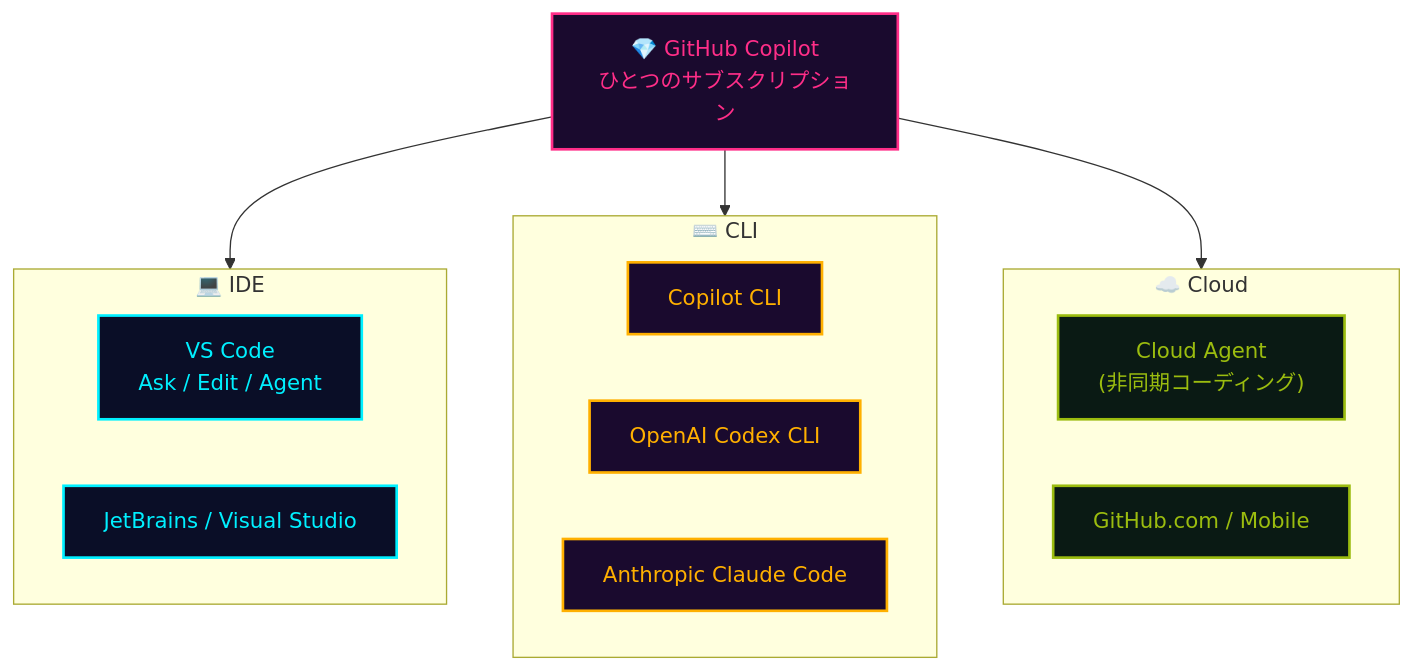
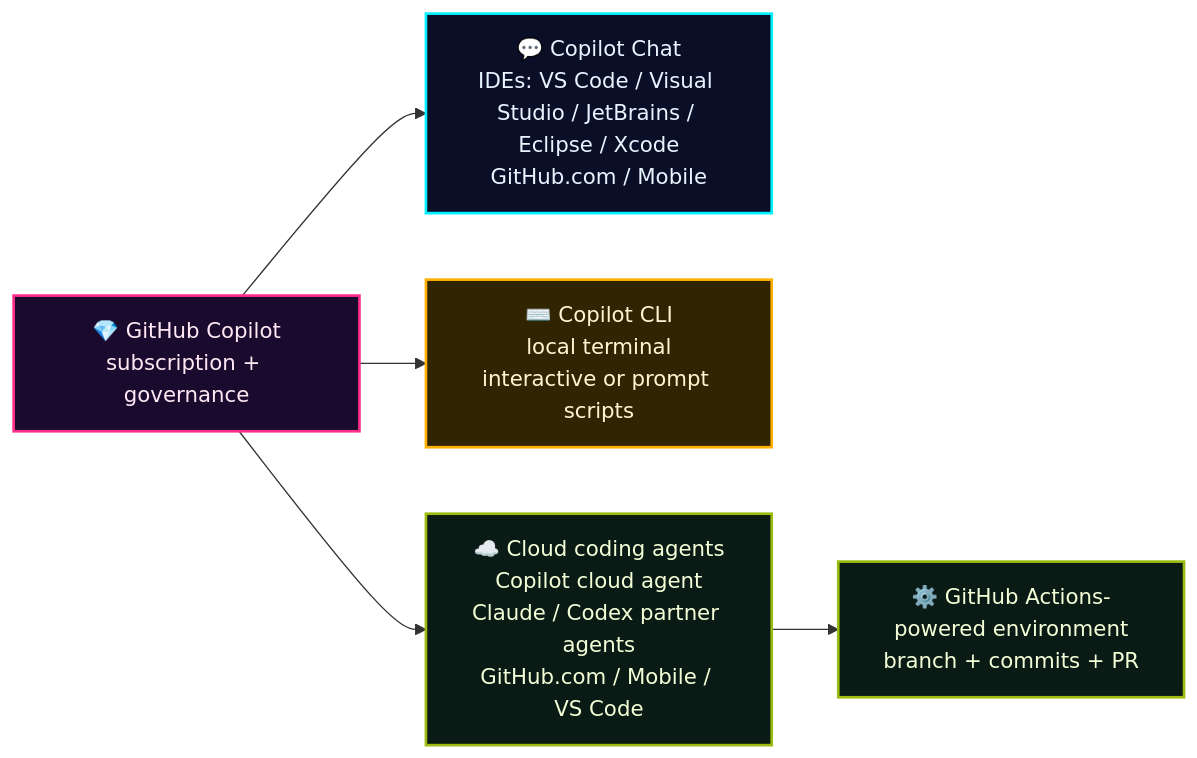
Before and after one commit to theomonfort/theomonfort: the first of 3 diagrams in src/content/glossary/github-copilot.md, drawn with Mermaid. The commit also changed other lines of this file, not shown here.

Commit message:
Revise Copilot surfaces slide

````diff
--- a/src/content/glossary/github-copilot.md
+++ b/src/content/glossary/github-copilot.md
@@ -48,33 +49,24 @@
 ```mermaid
-flowchart TB
-  Sub["💎 GitHub Copilot<br/>ひとつのサブスクリプション"]
+flowchart LR
+  Copilot["💎 GitHub Copilot<br/>subscription + governance"]
 
-  subgraph IDE["💻 IDE"]
-    VSC["VS Code<br/>Ask / Edit / Agent"]
-    JB["JetBrains / Visual Studio"]
-  end
+  Chat["💬 Copilot Chat<br/>IDEs: VS Code / Visual Studio / JetBrains / Eclipse / Xcode<br/>GitHub.com / Mobile"]
+  CLI["⌨️ Copilot CLI<br/>local terminal<br/>interactive or prompt scripts"]
+  Cloud["☁️ Cloud coding agents<br/>Copilot cloud agent<br/>Claude / Codex partner agents<br/>GitHub.com / Mobile / VS Code"]
 
-  subgraph CLI["⌨️ CLI"]
-    GHC["Copilot CLI"]
-    CDX["OpenAI Codex CLI"]
-    CC["Anthropic Claude Code"]
-  end
+  Env["⚙️ GitHub Actions-powered environment<br/>branch + commits + PR"]
 
-  subgraph Cloud["☁️ Cloud"]
-    CA["Cloud Agent<br/>(非同期コーディング)"]
-    GH["GitHub.com / Mobile"]
-  end
+  Copilot --> Chat
+  Copilot --> CLI
+  Copilot --> Cloud
+  Cloud --> Env
 
-  Sub --> IDE
-  Sub --> CLI
-  Sub --> Cloud
-
-  classDef sub fill:#1a0a2e,stroke:#ff2e88,color:#ff2e88,stroke-width:2px
-  classDef ide fill:#0a0e27,stroke:#00f0ff,color:#00f0ff,stroke-width:2px
-  classDef cli fill:#1a0a2e,stroke:#ffb000,color:#ffb000,stroke-width:2px
-  classDef cloud fill:#0a1a14,stroke:#9bbc0f,color:#9bbc0f,stroke-width:2px
-  class Sub sub
-  class VSC,JB ide
-  class GHC,CDX,CC cli
-  class CA,GH cloud
+  classDef root fill:#1a0a2e,stroke:#ff2e88,color:#ffe8f4,stroke-width:2px
+  classDef chat fill:#0a0e27,stroke:#00f0ff,color:#e8f4ff,stroke-width:2px
+  classDef cli fill:#302500,stroke:#ffb000,color:#fff4d6,stroke-width:2px
+  classDef cloud fill:#0a1a14,stroke:#9bbc0f,color:#f4ffd8,stroke-width:2px
+  class Copilot root
+  class Chat chat
+  class CLI cli
+  class Cloud,Env cloud
 ```
````
